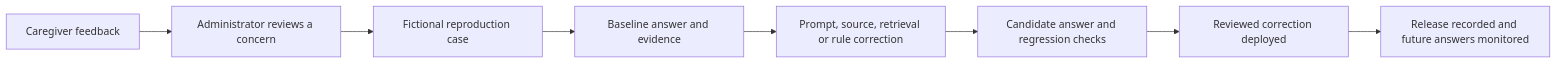
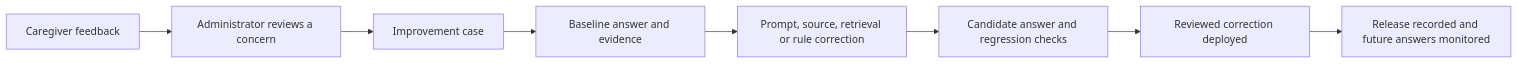
One commit to Vinit-Rabadiya/parenting-voice-assistant changed the diagram in docs/feedback-loop.md. Above: the diagram before and after it, drawn with Mermaid. The commit also changed other lines of this file and 4 other files, not shown here.

````diff
--- a/docs/feedback-loop.md
+++ b/docs/feedback-loop.md
@@ -15,10 +15,10 @@
 ```mermaid
 flowchart LR
     A[Caregiver feedback] --> B[Administrator reviews a concern]
-    B --> C[Fictional reproduction case]
+    B --> C[Improvement case]
     C --> D[Baseline answer and evidence]
     D --> E[Prompt, source, retrieval or rule correction]
     E --> F[Candidate answer and regression checks]
     F --> G[Reviewed correction deployed]
     G --> H[Release recorded and future answers monitored]
 ```
````
